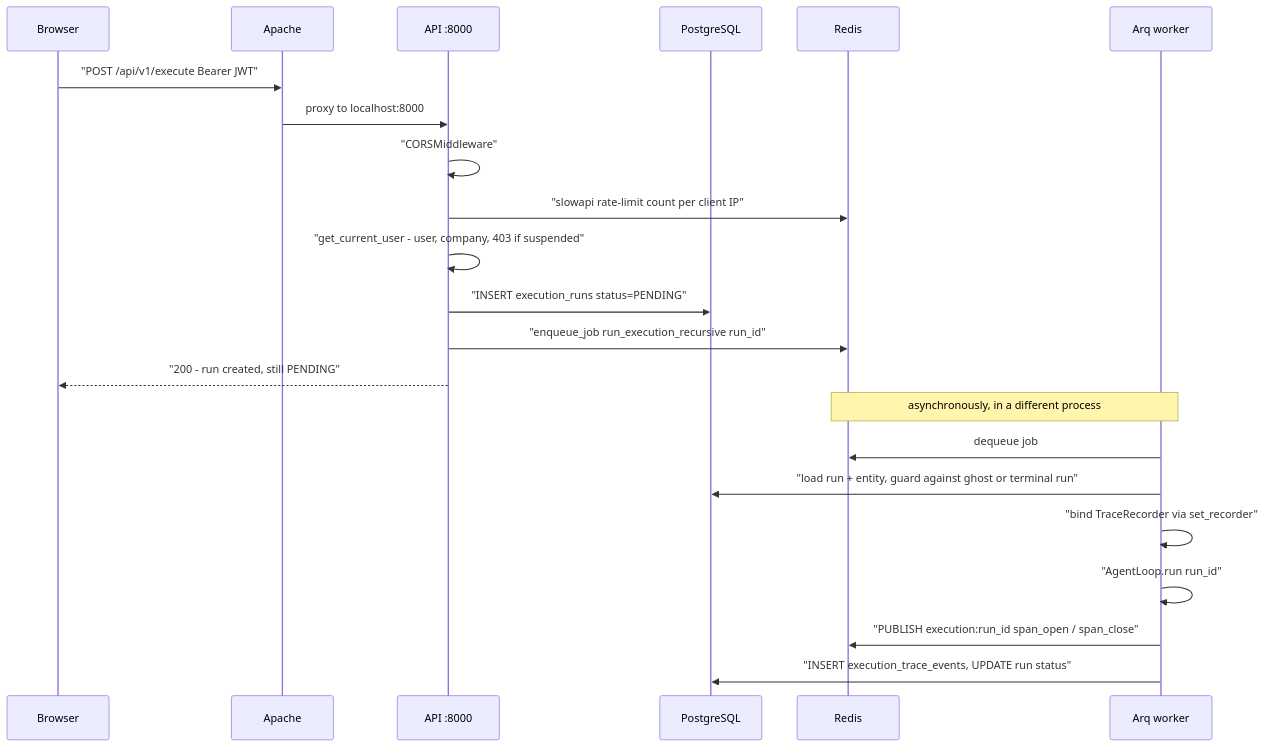
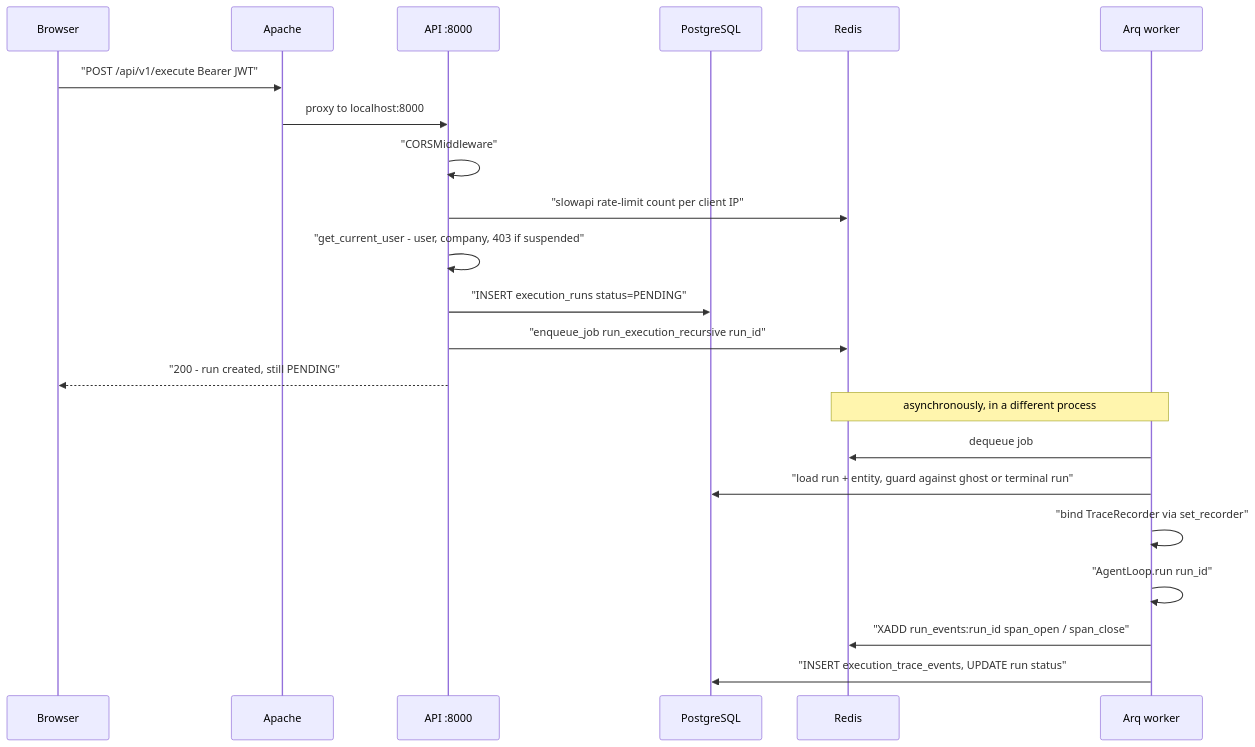
Before and after one commit to gondolerahul/hire-buddha-app: the ninth of 19 diagrams in docs/current/02-system-architecture.md, drawn with Mermaid. The commit also changed other lines of this file and 31 other files, not shown here.

````diff
--- a/docs/current/02-system-architecture.md
+++ b/docs/current/02-system-architecture.md
@@ -683,26 +684,26 @@
 ```mermaid
 sequenceDiagram
     participant B as Browser
     participant A as Apache
     participant API as API :8000
     participant PG as PostgreSQL
     participant R as Redis
     participant W as Arq worker
 
     B->>A: "POST /api/v1/execute  Bearer JWT"
     A->>API: proxy to localhost:8000
     API->>API: "CORSMiddleware"
     API->>R: "slowapi rate-limit count per client IP"
     API->>API: "get_current_user - user, company, 403 if suspended"
     API->>PG: "INSERT execution_runs status=PENDING"
     API->>R: "enqueue_job run_execution_recursive run_id"
     API-->>B: "200 - run created, still PENDING"
 
     Note over W,R: asynchronously, in a different process
     W->>R: dequeue job
     W->>PG: "load run + entity, guard against ghost or terminal run"
     W->>W: "bind TraceRecorder via set_recorder"
     W->>W: "AgentLoop.run run_id"
-    W->>R: "PUBLISH execution:run_id  span_open / span_close"
+    W->>R: "XADD run_events:run_id  span_open / span_close"
     W->>PG: "INSERT execution_trace_events, UPDATE run status"
 ```
````
